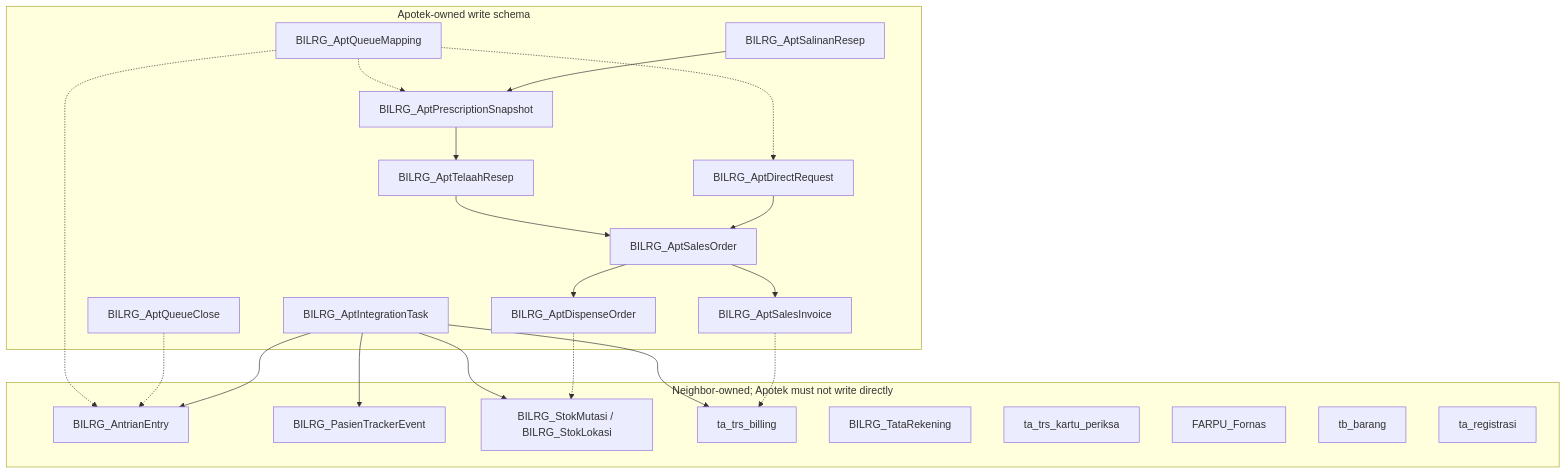
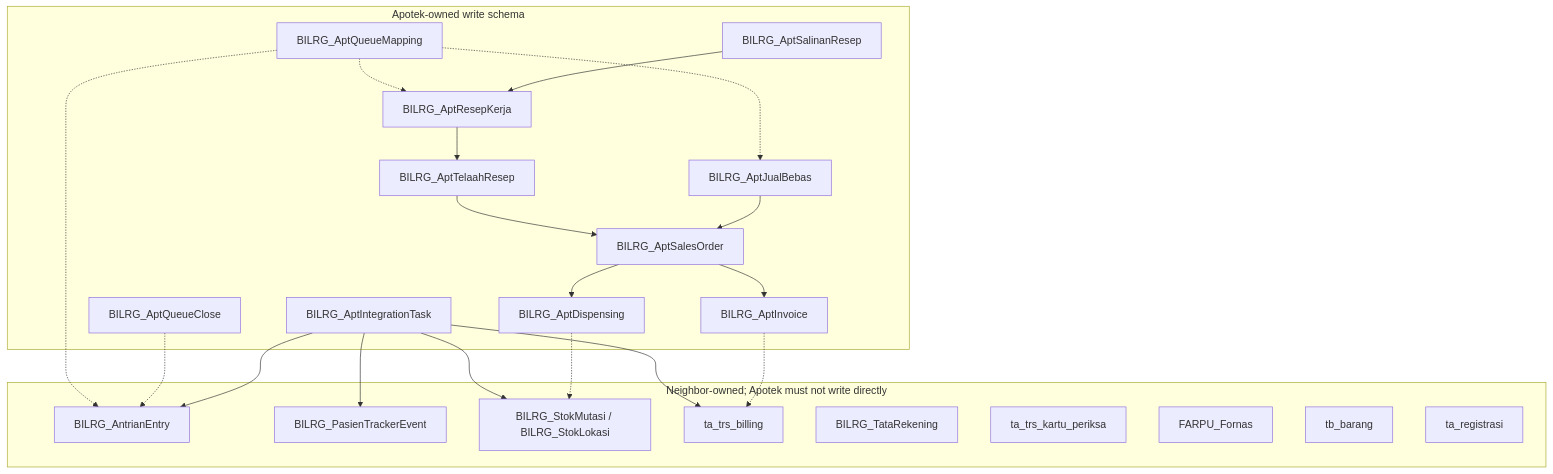
One commit to smart-ics/b09-bilreg-api changed the first of 3 diagrams in docs/contexts/apotek/outpatient-apotek-persistence-design.md. Above: the diagram before and after it, drawn with Mermaid. The commit also changed other lines of this file and 39 other files, not shown here.

````diff
--- a/docs/contexts/apotek/outpatient-apotek-persistence-design.md
+++ b/docs/contexts/apotek/outpatient-apotek-persistence-design.md
@@ -134,44 +134,44 @@
 ```mermaid
 flowchart TB
   subgraph apotekWrite ["Apotek-owned write schema"]
-    RX["BILRG_AptPrescriptionSnapshot"]
-    DR["BILRG_AptDirectRequest"]
+    RK["BILRG_AptResepKerja"]
+    JB["BILRG_AptJualBebas"]
     TR["BILRG_AptTelaahResep"]
     SO["BILRG_AptSalesOrder"]
-    INV["BILRG_AptSalesInvoice"]
-    DO["BILRG_AptDispenseOrder"]
+    INV["BILRG_AptInvoice"]
+    DSP["BILRG_AptDispensing"]
     MAP["BILRG_AptQueueMapping"]
     CLOSE["BILRG_AptQueueClose"]
     COPY["BILRG_AptSalinanResep"]
     TASK["BILRG_AptIntegrationTask"]
   end
 
   subgraph neighbors ["Neighbor-owned; Apotek must not write directly"]
     Q["BILRG_AntrianEntry"]
     TE["BILRG_PasienTrackerEvent"]
     ST["BILRG_StokMutasi / BILRG_StokLokasi"]
     BILL["ta_trs_billing"]
     TRK["BILRG_TataRekening"]
     KP["ta_trs_kartu_periksa"]
     FORN["FARPU_Fornas"]
     BRG["tb_barang"]
     REG["ta_registrasi"]
   end
 
-  RX --> TR
+  RK --> TR
   TR --> SO
-  DR --> SO
+  JB --> SO
   SO --> INV
-  SO --> DO
+  SO --> DSP
   MAP -.-> Q
-  MAP -.-> RX
-  MAP -.-> DR
+  MAP -.-> RK
+  MAP -.-> JB
   CLOSE -.-> Q
-  COPY --> RX
+  COPY --> RK
   TASK --> ST
   TASK --> BILL
   TASK --> Q
   TASK --> TE
   INV -.-> BILL
-  DO -.-> ST
+  DSP -.-> ST
 ```
````
